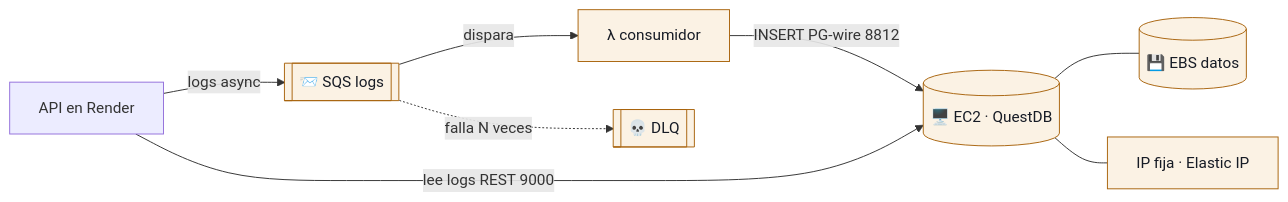
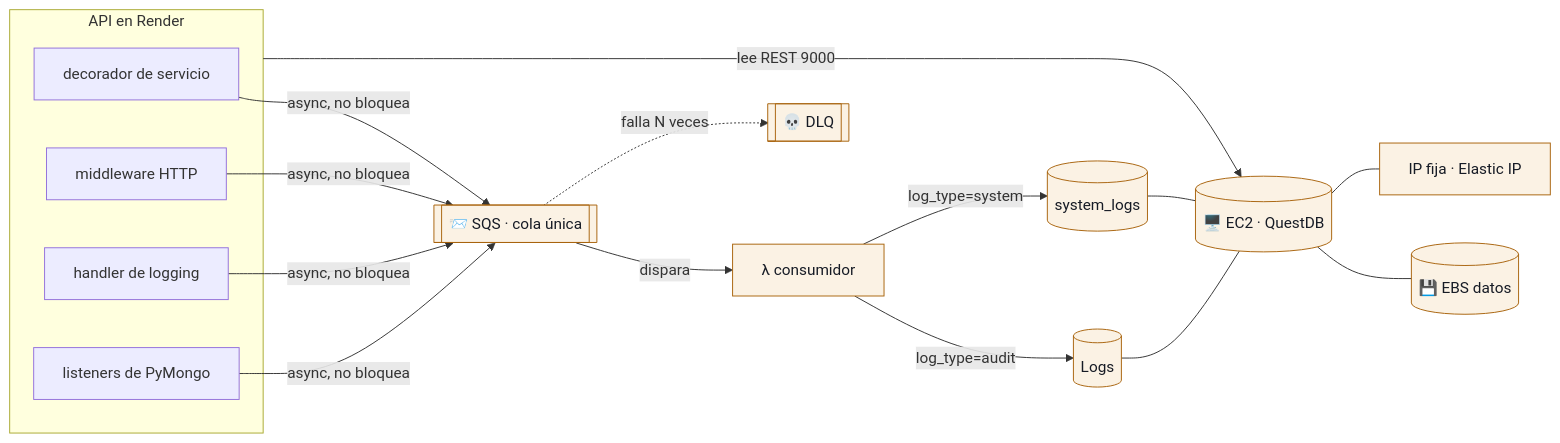
One commit to Delta27222/secrets-api changed the diagram in logs/README.md. Above: the diagram before and after it, drawn with Mermaid. The commit also changed other lines of this file and 1 other file, not shown here.

Commit message:
docs(logs): document audit, system, and Mongo logging end-to-end flow

````diff
--- a/logs/README.md
+++ b/logs/README.md
@@ -7,12 +7,20 @@
 ```mermaid
 flowchart LR
-    API[API en Render] -->|logs async| SQS[[📨 SQS logs]]
+    subgraph API[API en Render]
+      A1[decorador de servicio]
+      A2[middleware HTTP]
+      A3[handler de logging]
+      A4[listeners de PyMongo]
+    end
+    A1 & A2 & A3 & A4 -->|async, no bloquea| SQS[[📨 SQS · cola única]]
     SQS -->|dispara| L[λ consumidor]
-    L -->|INSERT PG-wire 8812| Q[(🖥️ EC2 · QuestDB)]
+    L -->|log_type=audit| T1[(Logs)]
+    L -->|log_type=system| T2[(system_logs)]
     SQS -.->|falla N veces| DLQ[[💀 DLQ]]
-    API -->|lee logs REST 9000| Q
+    API -->|lee REST 9000| Q[(🖥️ EC2 · QuestDB)]
+    T1 & T2 --- Q
     Q --- EBS[(💾 EBS datos)]
     Q --- EIP[IP fija · Elastic IP]
     classDef aws fill:#fbf2e4,stroke:#a9640d,color:#161b25;
-    class Q,SQS,DLQ,EBS,EIP,L aws;
+    class Q,SQS,DLQ,EBS,EIP,L,T1,T2 aws;
 ```
````
